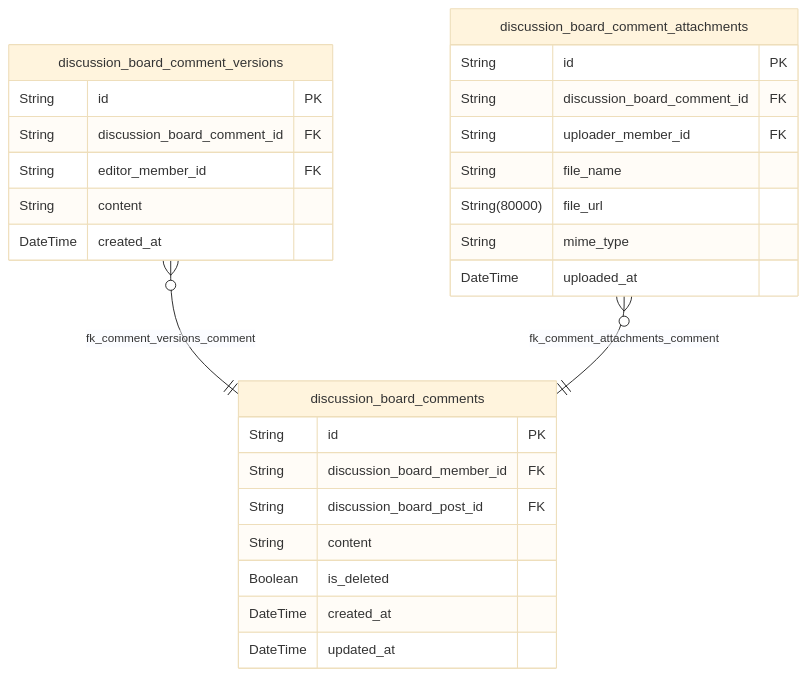
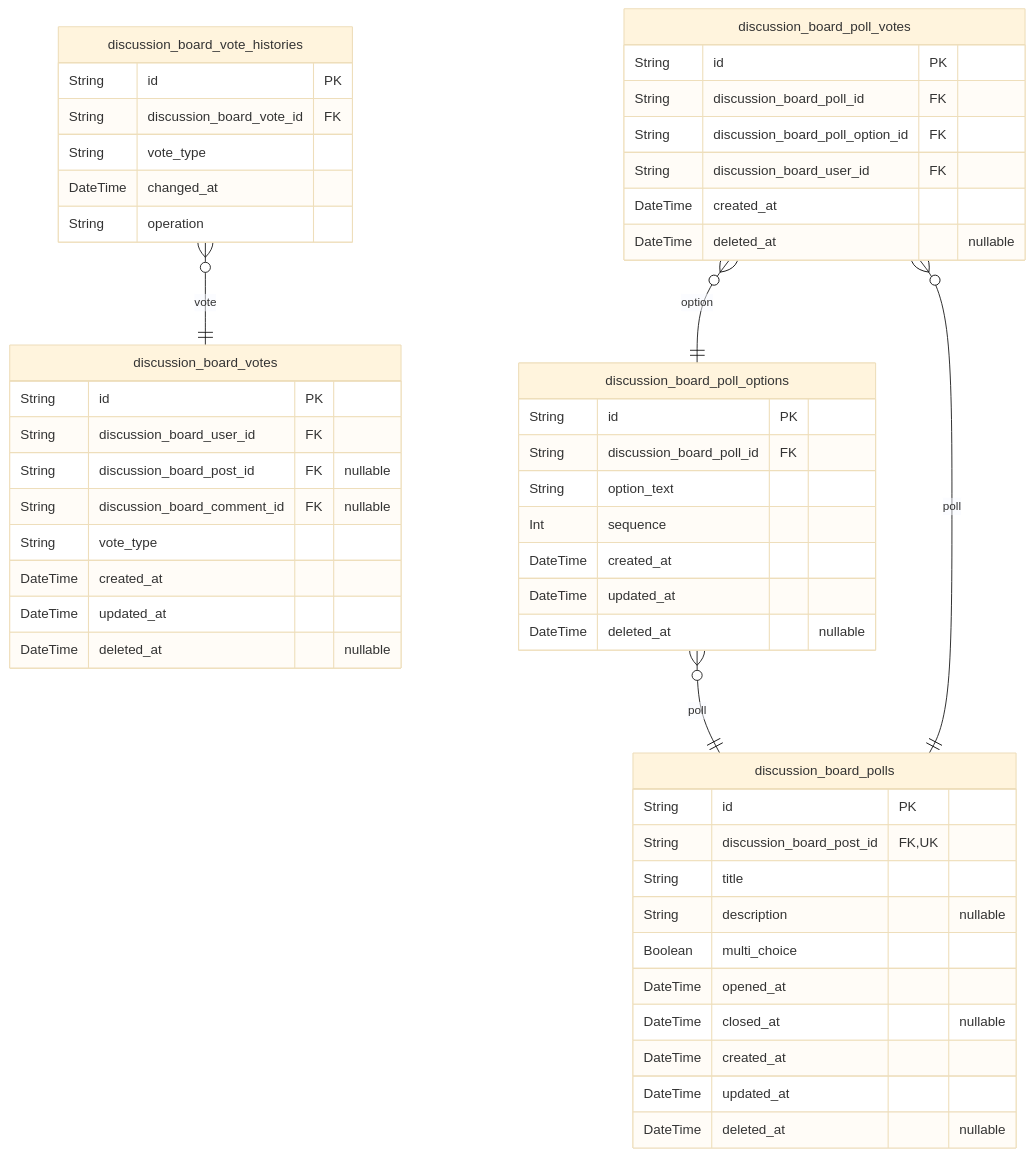
The fourth of 8 diagrams in docs/ERD.md (wrtnlabs/autobe-example-bbs-openai-gpt-4.1), drawn with Mermaid (base theme) before and after one commit. The commit also changed other lines of this file and 1472 other files, not shown here.

````diff
--- a/docs/ERD.md
+++ b/docs/ERD.md
@@ -387,30 +552,53 @@
 ```mermaid
 erDiagram
-"discussion_board_comments" {
+"discussion_board_votes" {
   String id PK
-  String discussion_board_member_id FK
-  String discussion_board_post_id FK
-  String content
-  Boolean is_deleted
+  String discussion_board_user_id FK
+  String discussion_board_post_id FK "nullable"
+  String discussion_board_comment_id FK "nullable"
+  String vote_type
   DateTime created_at
   DateTime updated_at
+  DateTime deleted_at "nullable"
 }
-"discussion_board_comment_versions" {
+"discussion_board_vote_histories" {
   String id PK
-  String discussion_board_comment_id FK
-  String editor_member_id FK
-  String content
+  String discussion_board_vote_id FK
+  String vote_type
+  DateTime changed_at
+  String operation
+}
+"discussion_board_polls" {
+  String id PK
+  String discussion_board_post_id FK,UK
+  String title
+  String description "nullable"
+  Boolean multi_choice
+  DateTime opened_at
+  DateTime closed_at "nullable"
   DateTime created_at
+  DateTime updated_at
+  DateTime deleted_at "nullable"
 }
-"discussion_board_comment_attachments" {
+"discussion_board_poll_options" {
   String id PK
-  String discussion_board_comment_id FK
-  String uploader_member_id FK
-  String file_name
-  String(80000) file_url
-  String mime_type
-  DateTime uploaded_at
+  String discussion_board_poll_id FK
+  String option_text
+  Int sequence
+  DateTime created_at
+  DateTime updated_at
+  DateTime deleted_at "nullable"
 }
-"discussion_board_comment_versions" }o--|| "discussion_board_comments" : fk_comment_versions_comment
-"discussion_board_comment_attachments" }o--|| "discussion_board_comments" : fk_comment_attachments_comment
+"discussion_board_poll_votes" {
+  String id PK
+  String discussion_board_poll_id FK
+  String discussion_board_poll_option_id FK
+  String discussion_board_user_id FK
+  DateTime created_at
+  DateTime deleted_at "nullable"
+}
+"discussion_board_vote_histories" }o--|| "discussion_board_votes" : vote
+"discussion_board_poll_options" }o--|| "discussion_board_polls" : poll
+"discussion_board_poll_votes" }o--|| "discussion_board_polls" : poll
+"discussion_board_poll_votes" }o--|| "discussion_board_poll_options" : option
 ```
````
